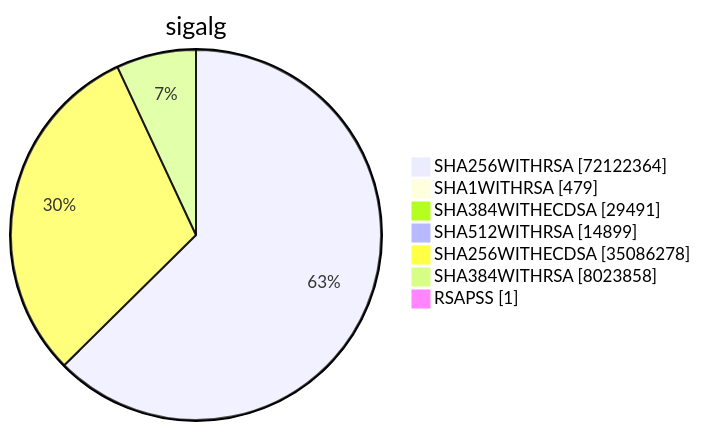
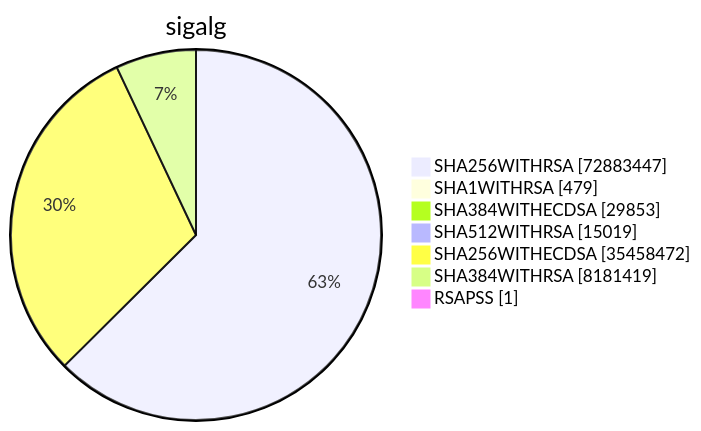
One commit to christiankrug/ctmonitor_visualization changed diagram 15 of 15 in xenon2023/README.md. Above: the diagram before and after it, drawn with Mermaid. The commit also changed other lines of this file, not shown here.

````diff
--- a/xenon2023/README.md
+++ b/xenon2023/README.md
@@ -4523,11 +4532,11 @@
 ```mermaid
 pie showData
 title sigalg
-"SHA256WITHRSA" :72122364
+"SHA256WITHRSA" :72883447
 "SHA1WITHRSA" :479
-"SHA384WITHECDSA" :29491
-"SHA512WITHRSA" :14899
-"SHA256WITHECDSA" :35086278
-"SHA384WITHRSA" :8023858
+"SHA384WITHECDSA" :29853
+"SHA512WITHRSA" :15019
+"SHA256WITHECDSA" :35458472
+"SHA384WITHRSA" :8181419
 "RSAPSS" :1
 ```
````
